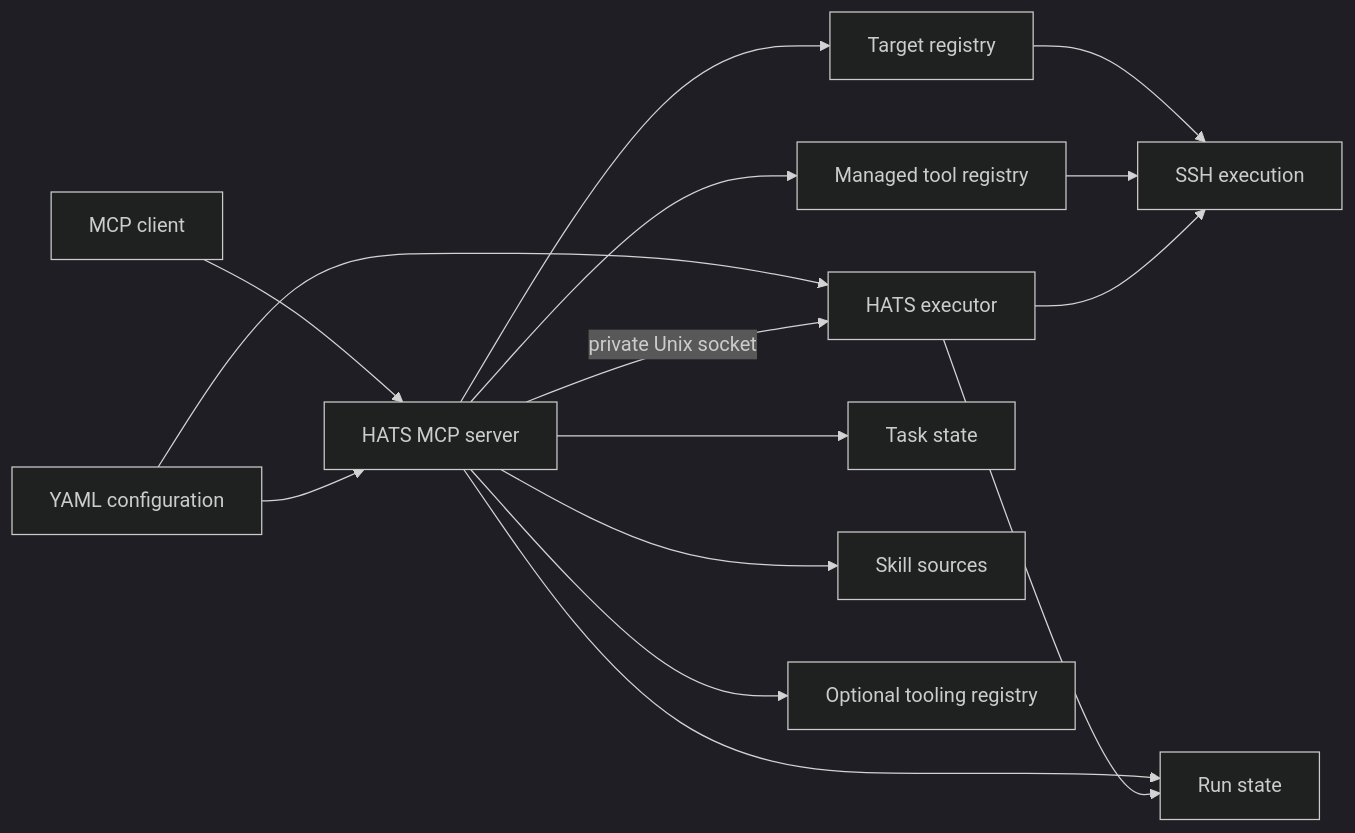
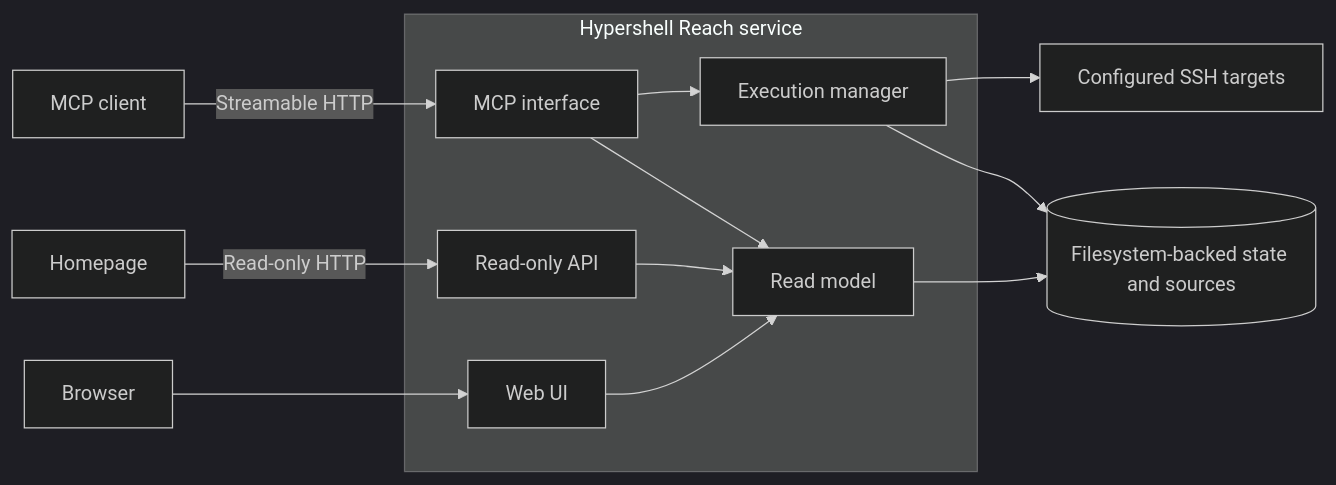
One commit to X1pheR/hypershell-reach changed the diagram in docs/architecture.md. Above: the diagram before and after it, drawn with Mermaid (dark theme). The commit also changed other lines of this file and 84 other files, not shown here.

Commit message:
feat: launch Hypershell Reach unified capability service

````diff
--- a/docs/architecture.md
+++ b/docs/architecture.md
@@ -7,17 +7,22 @@
 ```mermaid
 flowchart LR
-    Client[MCP client] --> Server[HATS MCP server]
-    Config[YAML configuration] --> Server
-    Config --> Executor[HATS executor]
-    Server --> Targets[Target registry]
-    Server --> Tools[Managed tool registry]
-    Server -->|private Unix socket| Executor
-    Targets --> SSH[SSH execution]
-    Tools --> SSH
-    Executor --> SSH
-    Server --> Runs[Run state]
-    Executor --> Runs
-    Server --> Tasks[Task state]
-    Server --> Skills[Skill sources]
-    Server --> Registry[Optional tooling registry]
+    C[MCP client] -->|Streamable HTTP| M
+    H[Homepage] -->|Read-only HTTP| A
+    B[Browser] --> U
+
+    subgraph R[Hypershell Reach service]
+        M[MCP interface]
+        A[Read-only API]
+        U[Web UI]
+        X[Execution manager]
+        RM[Read model]
+        M --> X
+        M --> RM
+        A --> RM
+        U --> RM
+    end
+
+    X --> SSH[Configured SSH targets]
+    RM --> W[(Filesystem-backed state and sources)]
+    X --> W
 ```
````
